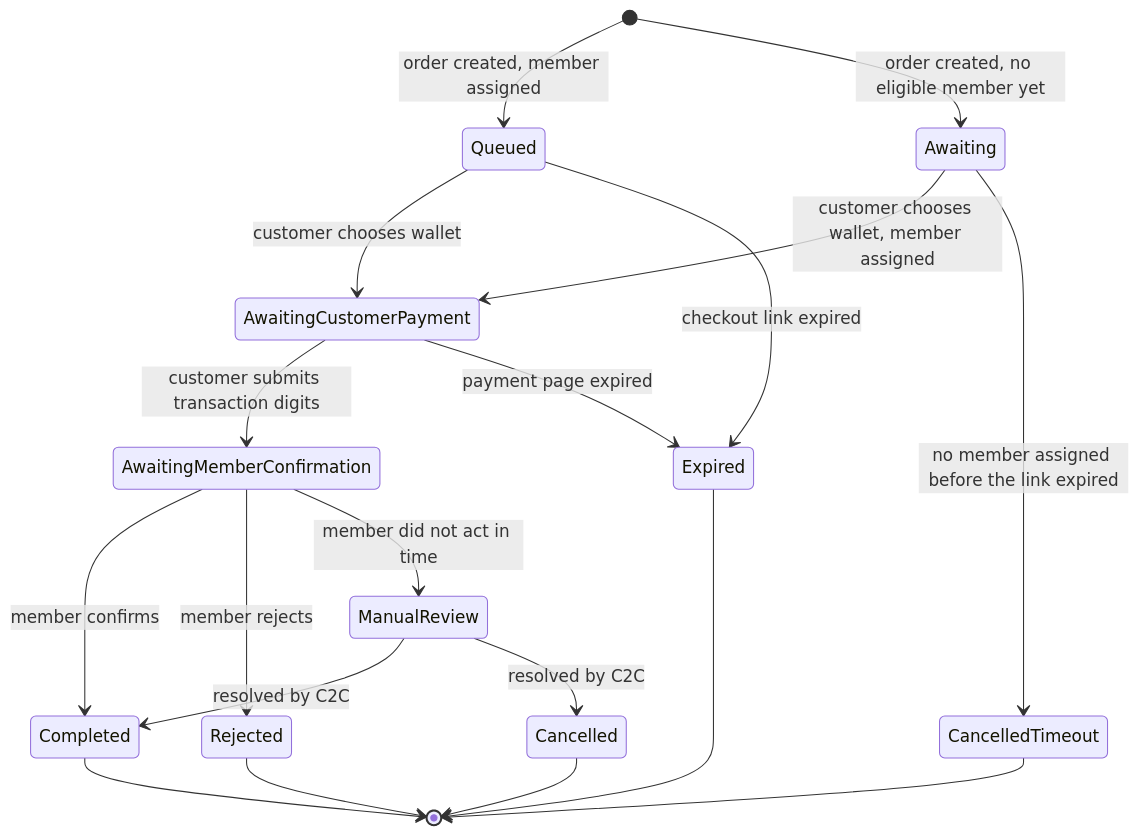
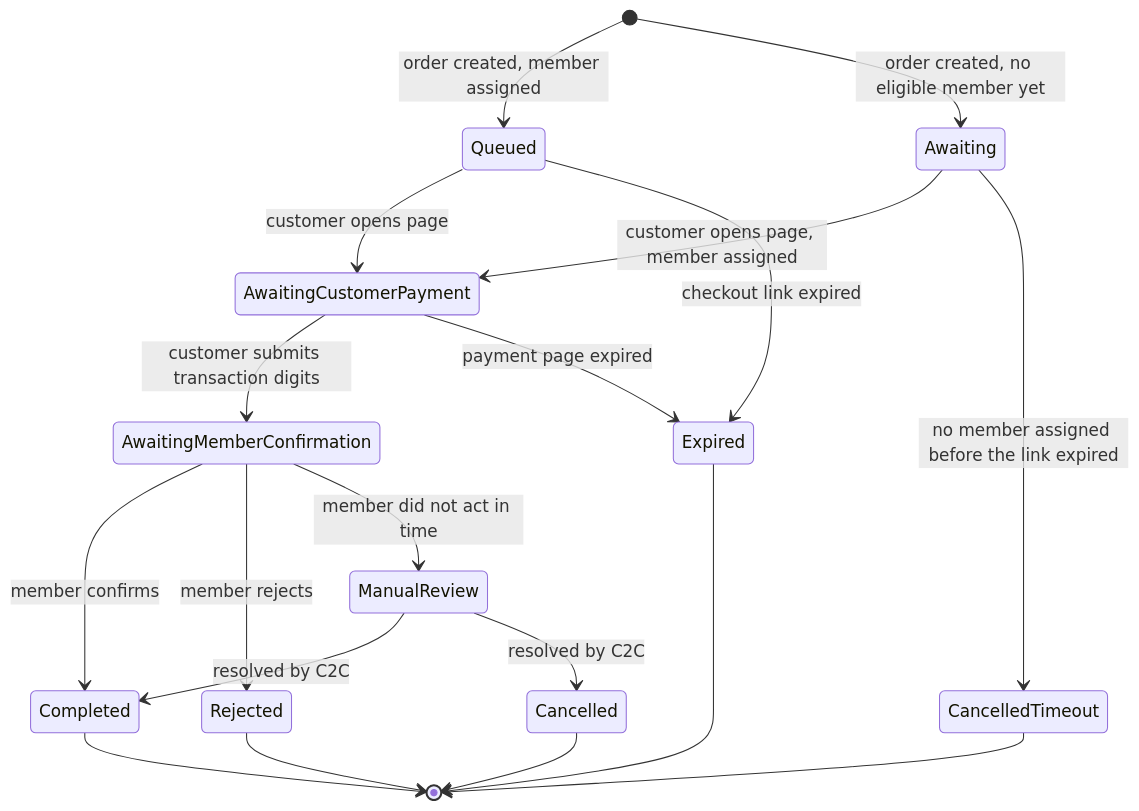
One commit to harisnaseer191/c2c-mintlify-docs changed the second of 2 diagrams in guides/deposit-flow.mdx. Above: the diagram before and after it, drawn with Mermaid. The commit also changed other lines of this file and 5 other files, not shown here.

First line of the commit message:
Document that the payment page opens on the requested wallet (#5)

````diff
--- a/guides/deposit-flow.mdx
+++ b/guides/deposit-flow.mdx
@@ -82,21 +82,21 @@
 ```mermaid
 stateDiagram-v2
     [*] --> Queued: order created, member assigned
     [*] --> Awaiting: order created, no eligible member yet
-    Awaiting --> AwaitingCustomerPayment: customer chooses wallet, member assigned
+    Awaiting --> AwaitingCustomerPayment: customer opens page, member assigned
     Awaiting --> CancelledTimeout: no member assigned before the link expired
-    Queued --> AwaitingCustomerPayment: customer chooses wallet
+    Queued --> AwaitingCustomerPayment: customer opens page
     Queued --> Expired: checkout link expired
     AwaitingCustomerPayment --> AwaitingMemberConfirmation: customer submits transaction digits
     AwaitingCustomerPayment --> Expired: payment page expired
     AwaitingMemberConfirmation --> Completed: member confirms
     AwaitingMemberConfirmation --> Rejected: member rejects
     AwaitingMemberConfirmation --> ManualReview: member did not act in time
     ManualReview --> Completed: resolved by C2C
     ManualReview --> Cancelled: resolved by C2C
     Completed --> [*]
     Rejected --> [*]
     Expired --> [*]
     CancelledTimeout --> [*]
     Cancelled --> [*]
 ```
````
